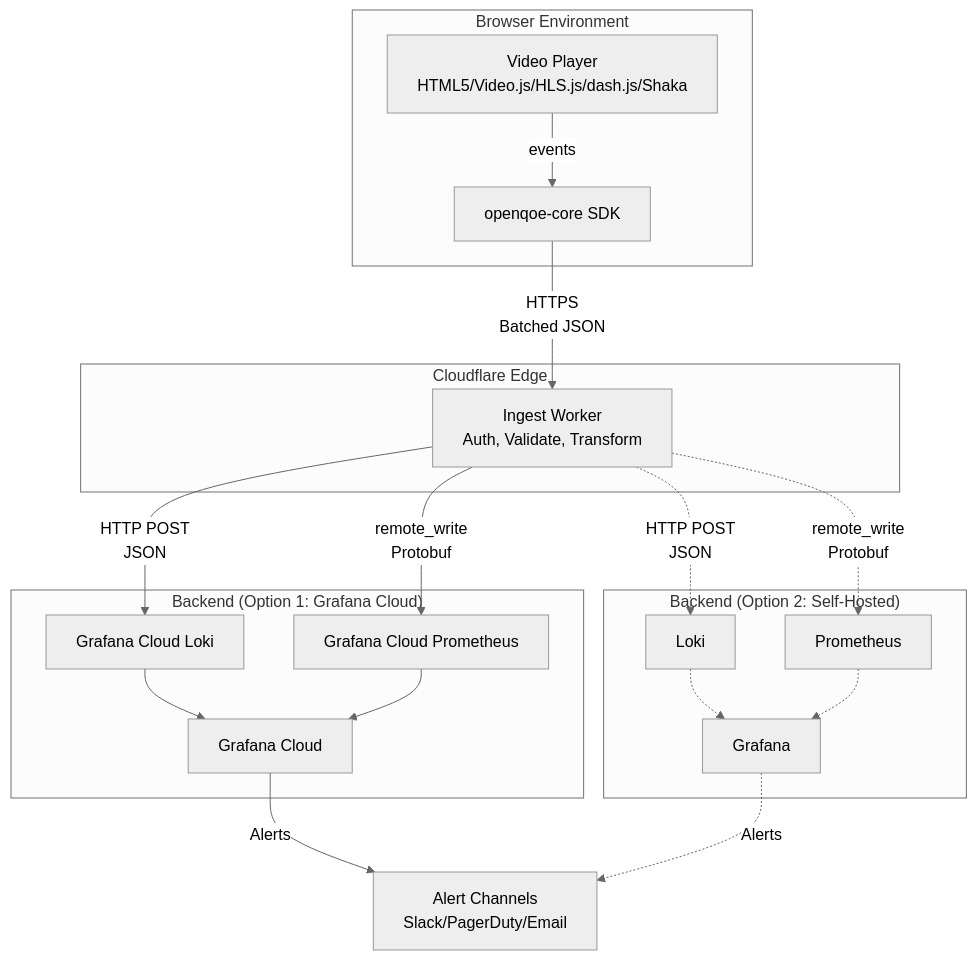
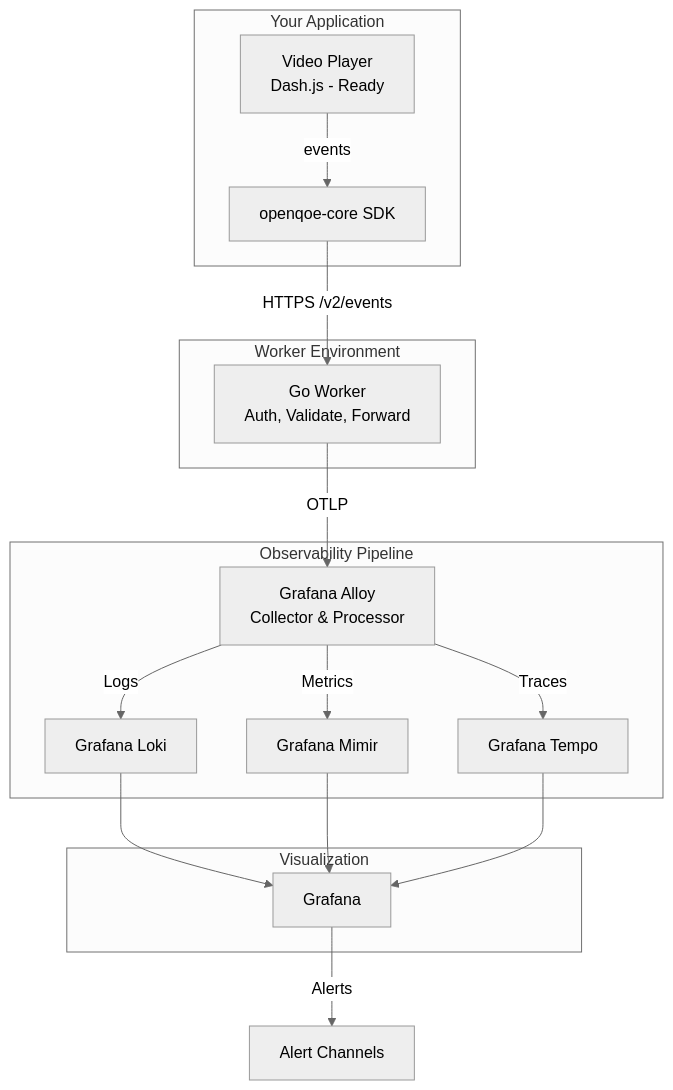
Before and after one commit to openqoe/openqoe-dev: the first of 14 diagrams in docs/architecture.md, drawn with Mermaid (neutral theme). The commit also changed other lines of this file and 12 other files, not shown here.

````diff
--- a/docs/architecture.md
+++ b/docs/architecture.md
@@ -23,38 +23,35 @@
 ```mermaid
 graph TB
-    subgraph "Browser Environment"
-        VP[Video Player<br/>HTML5/Video.js/HLS.js/dash.js/Shaka]
+    subgraph "Your Application"
+        VP[Video Player<br/>Dash.js - Ready]
         SDK[openqoe-core SDK]
         VP -->|events| SDK
     end
 
-    subgraph "Cloudflare Edge"
-        WORKER[Ingest Worker<br/>Auth, Validate, Transform]
+    subgraph "Worker Environment"
+        WORKER[Go Worker<br/>Auth, Validate, Forward]
     end
 
-    subgraph "Backend (Option 1: Grafana Cloud)"
-        LOKI_CLOUD[Grafana Cloud Loki]
-        PROM_CLOUD[Grafana Cloud Prometheus]
-        GRAF_CLOUD[Grafana Cloud]
+    subgraph "Observability Pipeline"
+        ALLOY[Grafana Alloy<br/>Collector & Processor]
+        LOKI[Grafana Loki]
+        MIMIR[Grafana Mimir]
+        TEMPO[Grafana Tempo]
     end
 
-    subgraph "Backend (Option 2: Self-Hosted)"
-        LOKI_SELF[Loki]
-        PROM_SELF[Prometheus]
-        GRAF_SELF[Grafana]
+    subgraph "Visualization"
+        GRAF[Grafana]
     end
 
-    SDK -->|HTTPS<br/>Batched JSON| WORKER
-    WORKER -->|HTTP POST<br/>JSON| LOKI_CLOUD
-    WORKER -->|remote_write<br/>Protobuf| PROM_CLOUD
-    WORKER -.->|HTTP POST<br/>JSON| LOKI_SELF
-    WORKER -.->|remote_write<br/>Protobuf| PROM_SELF
+    SDK -->|HTTPS /v2/events| WORKER
+    WORKER -->|OTLP| ALLOY
+    ALLOY -->|Logs| LOKI
+    ALLOY -->|Metrics| MIMIR
+    ALLOY -->|Traces| TEMPO
 
-    LOKI_CLOUD --> GRAF_CLOUD
-    PROM_CLOUD --> GRAF_CLOUD
-    LOKI_SELF -.-> GRAF_SELF
-    PROM_SELF -.-> GRAF_SELF
+    LOKI --> GRAF
+    MIMIR --> GRAF
+    TEMPO --> GRAF
 
-    GRAF_CLOUD -->|Alerts| ALERT[Alert Channels<br/>Slack/PagerDuty/Email]
-    GRAF_SELF -.->|Alerts| ALERT
+    GRAF -->|Alerts| ALERT[Alert Channels]
 ```
````
